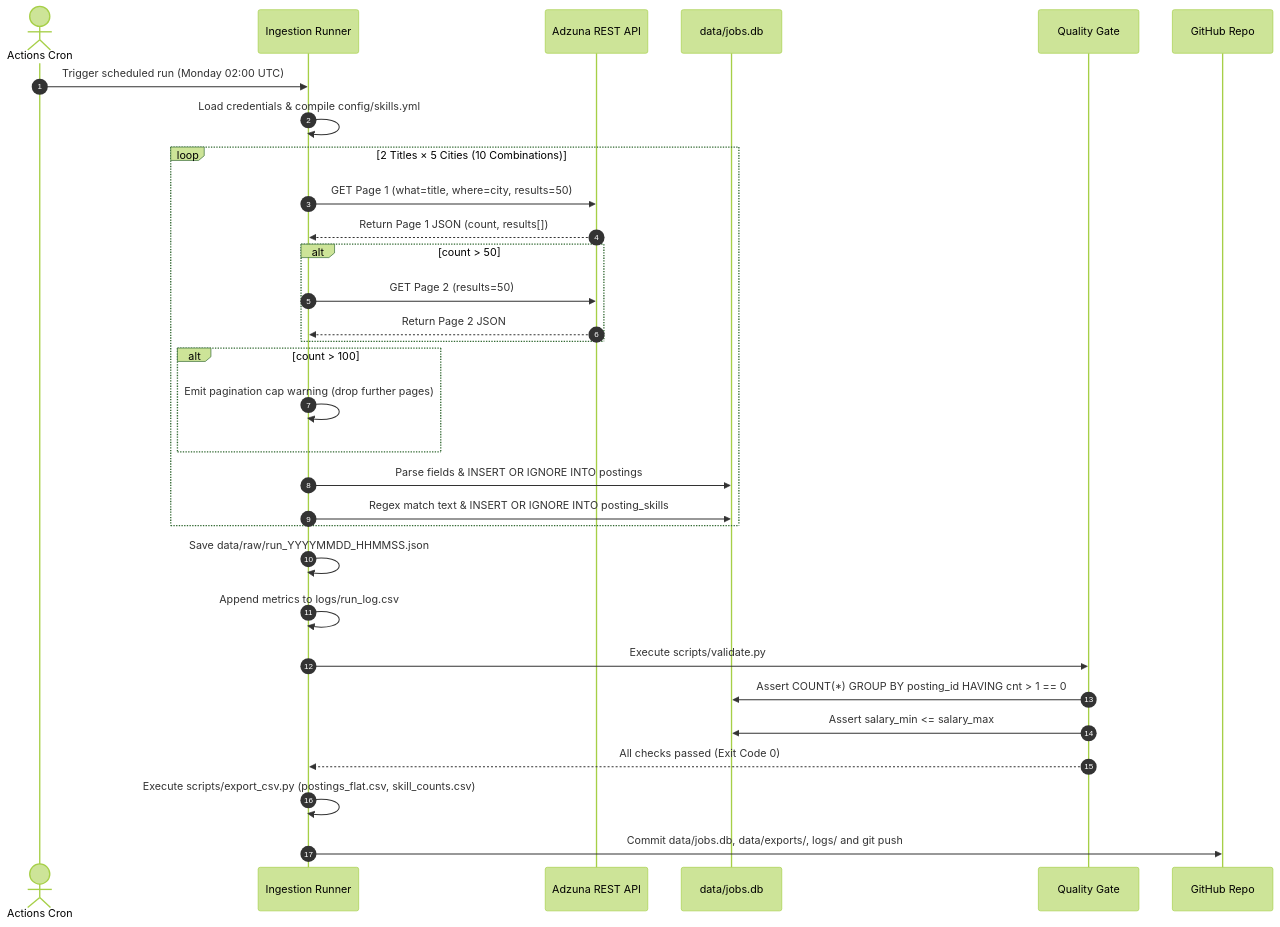
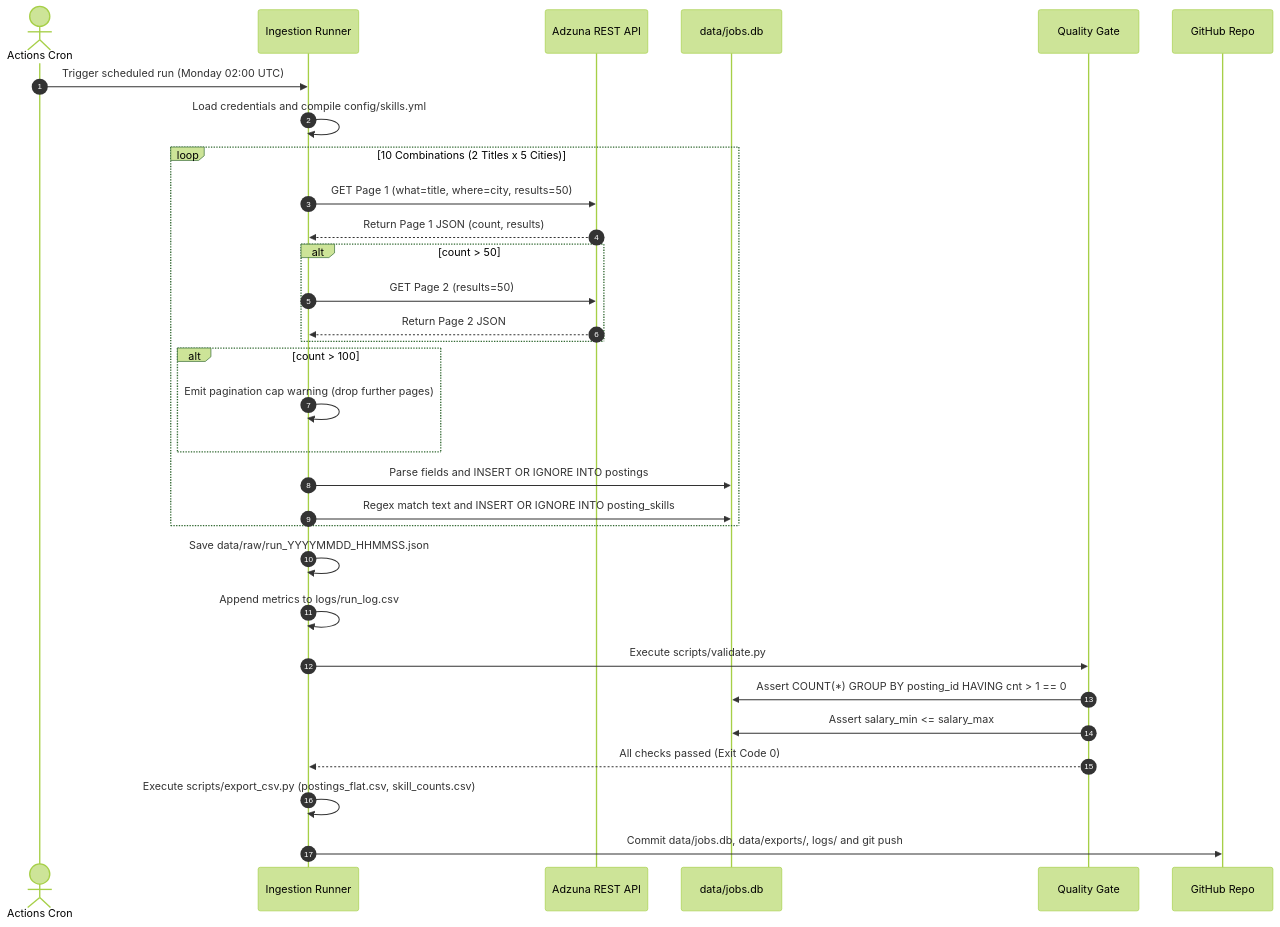
Before and after one commit to dummycodertech/adzuna-job-intelligence: the second of 4 diagrams in README.md, drawn with Mermaid (forest theme). The commit also changed other lines of this file, not shown here.

Commit message:
fix(docs): resolve Mermaid syntax parsing errors in system flowchart and ERD

````diff
--- a/README.md
+++ b/README.md
@@ -187,34 +188,34 @@
 ```mermaid
 sequenceDiagram
     autonumber
     actor Cron as Actions Cron
     participant Runner as Ingestion Runner
     participant API as Adzuna REST API
     participant SQLite as data/jobs.db
     participant Validator as Quality Gate
     participant Git as GitHub Repo
 
     Cron->>Runner: Trigger scheduled run (Monday 02:00 UTC)
-    Runner->>Runner: Load credentials & compile config/skills.yml
-    loop 2 Titles × 5 Cities (10 Combinations)
+    Runner->>Runner: Load credentials and compile config/skills.yml
+    loop 10 Combinations (2 Titles x 5 Cities)
         Runner->>API: GET Page 1 (what=title, where=city, results=50)
-        API-->>Runner: Return Page 1 JSON (count, results[])
+        API-->>Runner: Return Page 1 JSON (count, results)
         alt count > 50
             Runner->>API: GET Page 2 (results=50)
             API-->>Runner: Return Page 2 JSON
         end
         alt count > 100
             Runner->>Runner: Emit pagination cap warning (drop further pages)
         end
-        Runner->>SQLite: Parse fields & INSERT OR IGNORE INTO postings
-        Runner->>SQLite: Regex match text & INSERT OR IGNORE INTO posting_skills
+        Runner->>SQLite: Parse fields and INSERT OR IGNORE INTO postings
+        Runner->>SQLite: Regex match text and INSERT OR IGNORE INTO posting_skills
     end
     Runner->>Runner: Save data/raw/run_YYYYMMDD_HHMMSS.json
     Runner->>Runner: Append metrics to logs/run_log.csv
     Runner->>Validator: Execute scripts/validate.py
     Validator->>SQLite: Assert COUNT(*) GROUP BY posting_id HAVING cnt > 1 == 0
     Validator->>SQLite: Assert salary_min <= salary_max
     Validator-->>Runner: All checks passed (Exit Code 0)
     Runner->>Runner: Execute scripts/export_csv.py (postings_flat.csv, skill_counts.csv)
     Runner->>Git: Commit data/jobs.db, data/exports/, logs/ and git push
 ```
````
